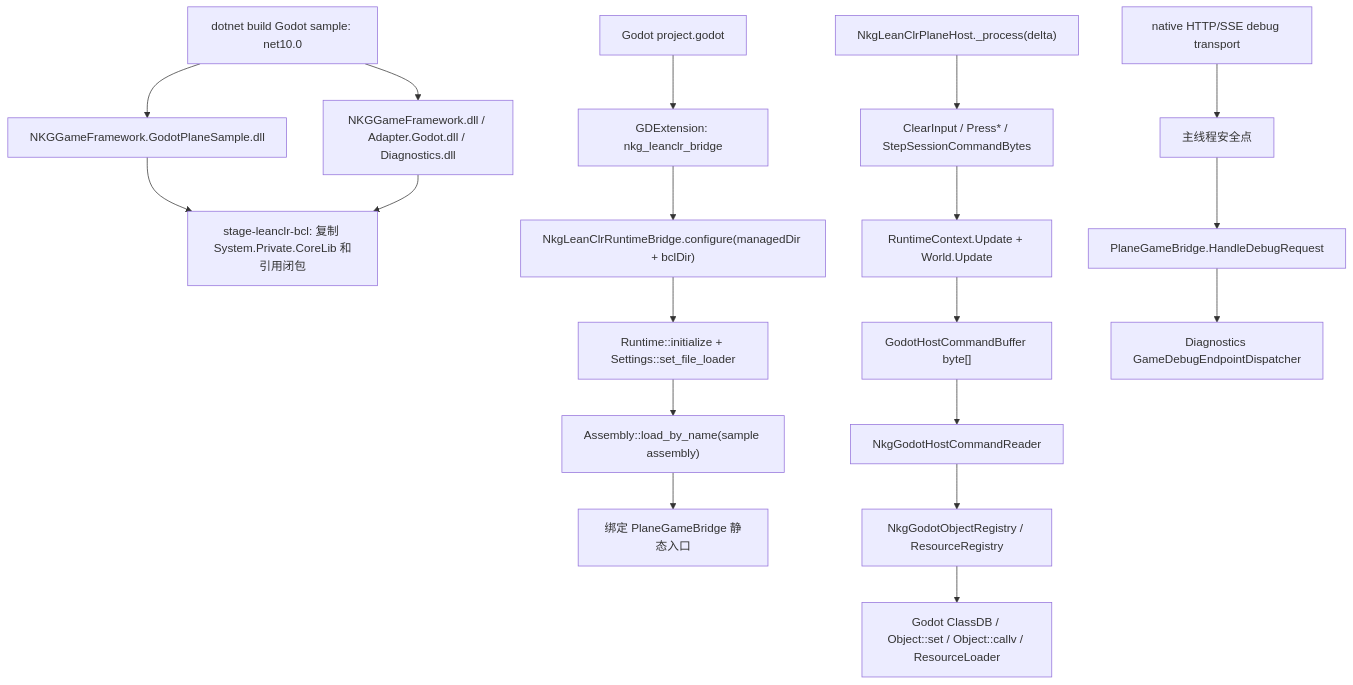
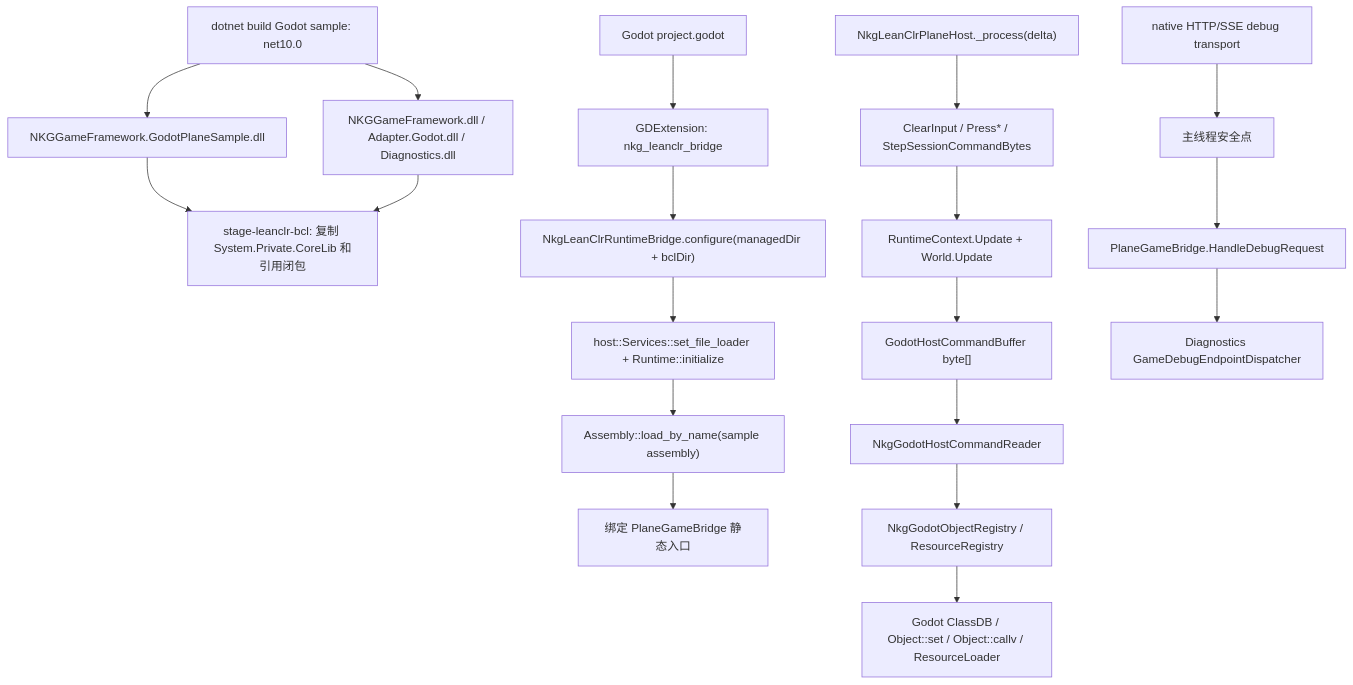
Diagram 12 of 14 in docs/dotnet10-runtime-architecture-blog.md (focus-creative-games/leanclr), drawn with Mermaid before and after one commit. The commit also changed 24 other files, not shown here.

Commit message:
Remove obsolete runtime settings and use host service configuration

````diff
--- a/docs/dotnet10-runtime-architecture-blog.md
+++ b/docs/dotnet10-runtime-architecture-blog.md
@@ -574,21 +574,21 @@
 ```mermaid
 flowchart TD
     A["dotnet build Godot sample: net10.0"] --> B["NKGGameFramework.GodotPlaneSample.dll"]
     A --> C["NKGGameFramework.dll / Adapter.Godot.dll / Diagnostics.dll"]
     B --> D["stage-leanclr-bcl: 复制 System.Private.CoreLib 和引用闭包"]
     C --> D
     E["Godot project.godot"] --> F["GDExtension: nkg_leanclr_bridge"]
     F --> G["NkgLeanClrRuntimeBridge.configure(managedDir + bclDir)"]
-    G --> H["Runtime::initialize + Settings::set_file_loader"]
+    G --> H["host::Services::set_file_loader + Runtime::initialize"]
     H --> I["Assembly::load_by_name(sample assembly)"]
     I --> J["绑定 PlaneGameBridge 静态入口"]
     K["NkgLeanClrPlaneHost._process(delta)"] --> L["ClearInput / Press* / StepSessionCommandBytes"]
     L --> M["RuntimeContext.Update + World.Update"]
     M --> N["GodotHostCommandBuffer byte[]"]
     N --> O["NkgGodotHostCommandReader"]
     O --> P["NkgGodotObjectRegistry / ResourceRegistry"]
     P --> Q["Godot ClassDB / Object::set / Object::callv / ResourceLoader"]
     R["native HTTP/SSE debug transport"] --> S["主线程安全点"]
     S --> T["PlaneGameBridge.HandleDebugRequest"]
     T --> U["Diagnostics GameDebugEndpointDispatcher"]
 ```
````
